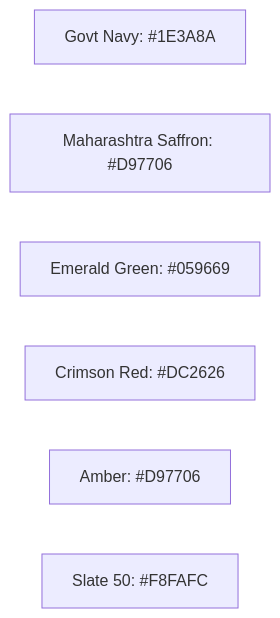
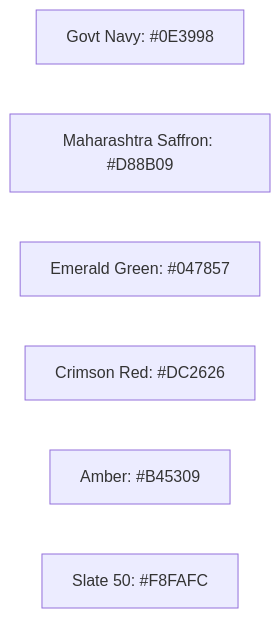
One commit to awanbiswas2027/2026-Maha-Skills changed the diagram in docs/04-design/DESIGN_SYSTEM.md. Above: the diagram before and after it, drawn with Mermaid. The commit also changed other lines of this file and 3 other files, not shown here.

````diff
--- a/docs/04-design/DESIGN_SYSTEM.md
+++ b/docs/04-design/DESIGN_SYSTEM.md
@@ -15,9 +17,9 @@
 ```mermaid
 graph LR
-    Primary[Govt Navy: #1E3A8A]
-    Accent[Maharashtra Saffron: #D97706]
-    Success[Emerald Green: #059669]
+    Primary[Govt Navy: #0E3998]
+    Accent[Maharashtra Saffron: #D88B09]
+    Success[Emerald Green: #047857]
     Destructive[Crimson Red: #DC2626]
-    Warning[Amber: #D97706]
+    Warning[Amber: #B45309]
     Background[Slate 50: #F8FAFC]
 ```
````
